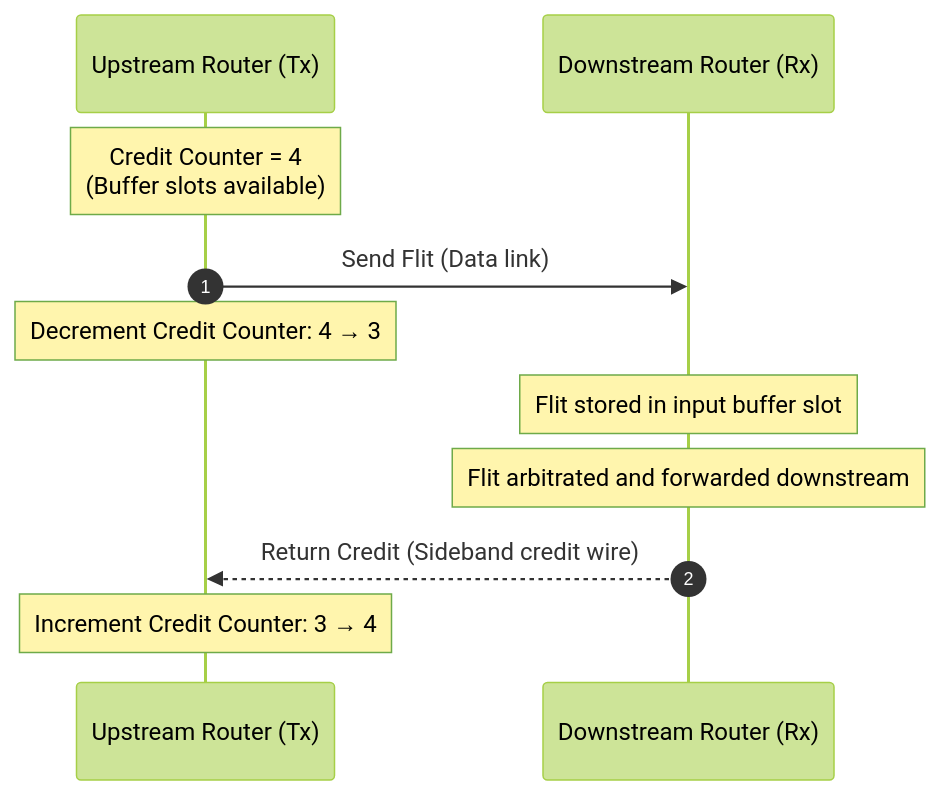
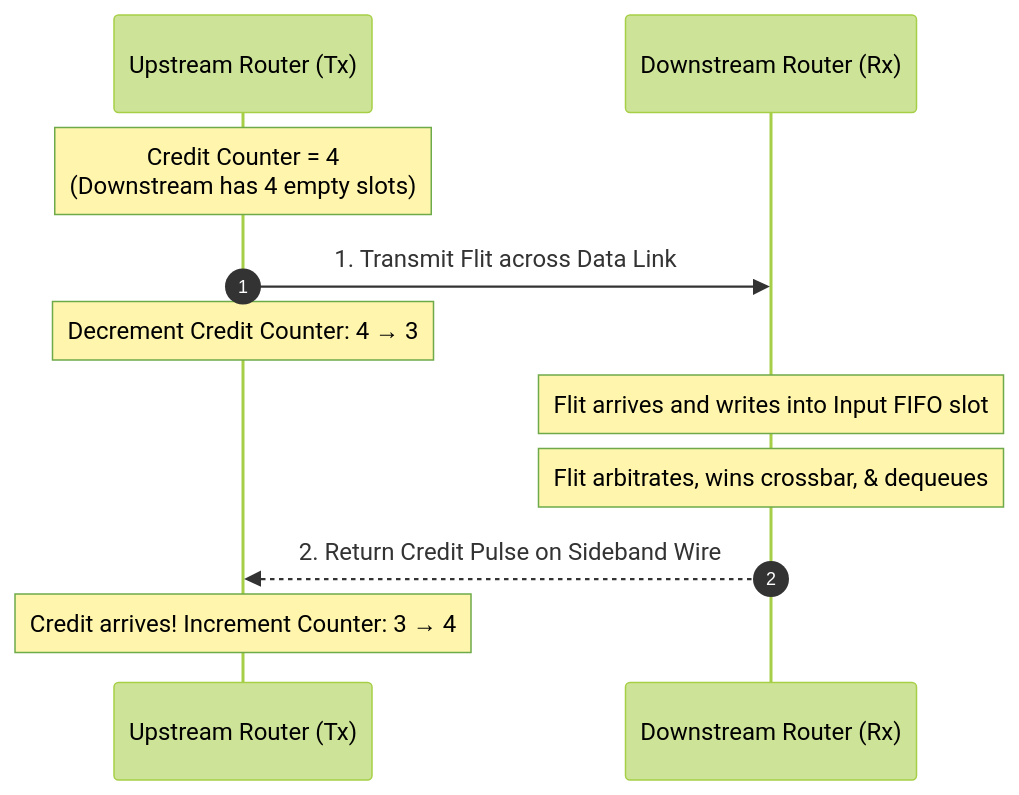
One commit to network-on-chip/learning changed the first of 3 diagrams in docs/track1-fundamentals/03-flow-control-credit.md. Above: the diagram before and after it, drawn with Mermaid (forest theme). The commit also changed other lines of this file and 7 other files, not shown here.

Commit message:
Upgrade Track 1: Interconnect Fundamentals with 4 interactive tools, rigorous physics models, and Network Interface (NI) architecture

````diff
--- a/docs/track1-fundamentals/03-flow-control-credit.md
+++ b/docs/track1-fundamentals/03-flow-control-credit.md
@@ -13,14 +15,14 @@
 ```mermaid
 sequenceDiagram
   autonumber
   participant Upstream as Upstream Router (Tx)
   participant Downstream as Downstream Router (Rx)
 
-  Note over Upstream: Credit Counter = 4<br/>(Buffer slots available)
-  Upstream->>Downstream: Send Flit (Data link)
+  Note over Upstream: Credit Counter = 4<br/>(Downstream has 4 empty slots)
+  Upstream->>Downstream: 1. Transmit Flit across Data Link
   Note over Upstream: Decrement Credit Counter: 4 → 3
-  Note over Downstream: Flit stored in input buffer slot
-  Note over Downstream: Flit arbitrated and forwarded downstream
-  Downstream-->>Upstream: Return Credit (Sideband credit wire)
-  Note over Upstream: Increment Credit Counter: 3 → 4
+  Note over Downstream: Flit arrives and writes into Input FIFO slot
+  Note over Downstream: Flit arbitrates, wins crossbar, & dequeues
+  Downstream-->>Upstream: 2. Return Credit Pulse on Sideband Wire
+  Note over Upstream: Credit arrives! Increment Counter: 3 → 4
 ```
````
